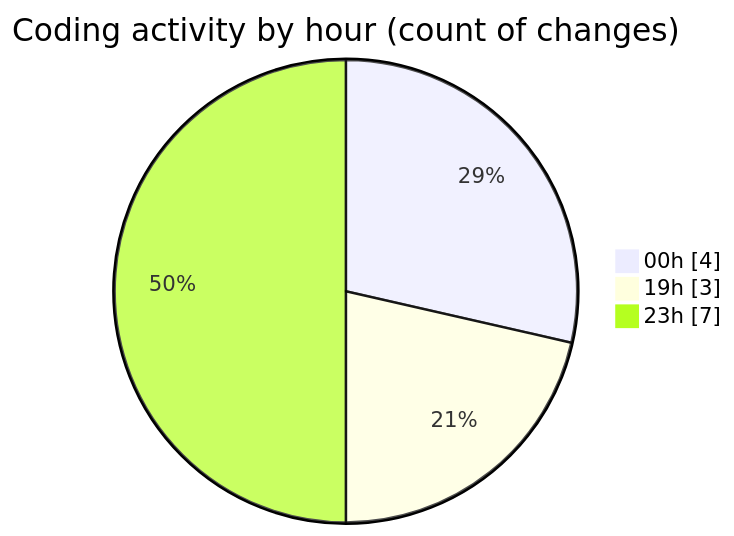
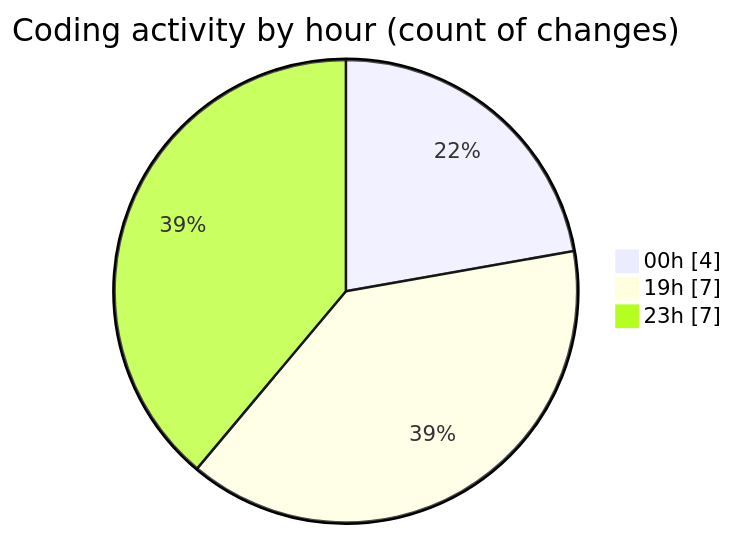
One commit to momahboobian/code-tracking changed the second of 2 diagrams in 2025-02-27/cda/README.md. Above: the diagram before and after it, drawn with Mermaid. The commit also changed other lines of this file and 1 other file, not shown here.

````diff
--- a/2025-02-27/cda/README.md
+++ b/2025-02-27/cda/README.md
@@ -34,7 +35,7 @@
 ```mermaid
 pie showData
 title Coding activity by hour (count of changes)
 "00h" : 4
-"19h" : 3
+"19h" : 7
 "23h" : 7
 ```
````
